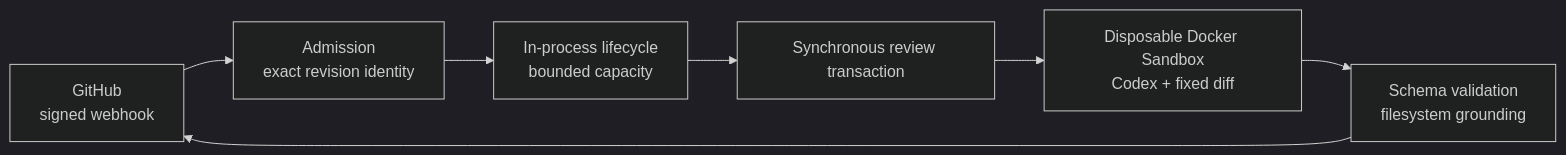
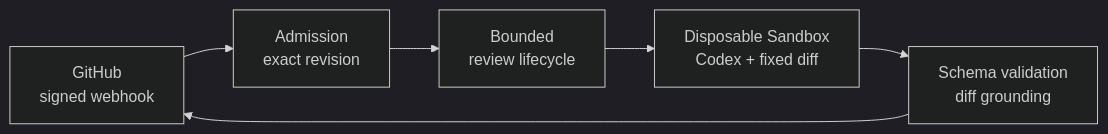
One commit to ivand200/specode_review changed the diagram in README.md. Above: the diagram before and after it, drawn with Mermaid (dark theme). The commit also changed other lines of this file and 3 other files, not shown here.

````diff
--- a/README.md
+++ b/README.md
@@ -34,9 +35,8 @@
 ```mermaid
 flowchart LR
-    GH[GitHub<br>signed webhook] --> A[Admission<br>exact revision identity]
-    A --> P[In-process lifecycle<br>bounded capacity]
-    P --> R[Synchronous review transaction]
-    R --> S[Disposable Docker Sandbox<br>Codex + fixed diff]
-    S --> V[Schema validation<br>filesystem grounding]
+    GH[GitHub<br>signed webhook] --> A[Admission<br>exact revision]
+    A --> L[Bounded<br>review lifecycle]
+    L --> S[Disposable Sandbox<br>Codex + fixed diff]
+    S --> V[Schema validation<br>diff grounding]
     V --> GH
 ```
````
